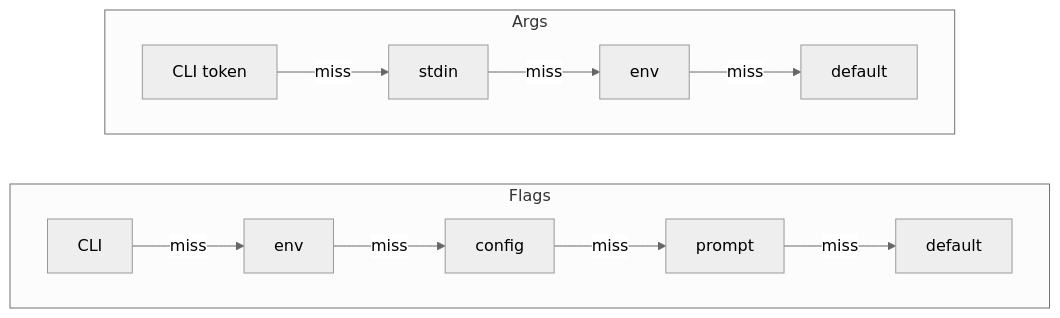
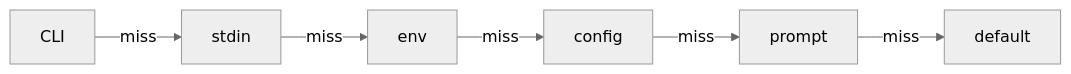
The diagram in docs/guide/rationale.md (kjanat/dreamcli), drawn with Mermaid (neutral theme) before and after one commit. The commit also changed other lines of this file and 64 other files, not shown here.

````diff
--- a/docs/guide/rationale.md
+++ b/docs/guide/rationale.md
@@ -57,11 +57,4 @@
 ```mermaid
 flowchart LR
-  subgraph Flags
-    direction LR
-    f1[CLI] -->|miss| f2[env] -->|miss| f3[config] -->|miss| f4[prompt] -->|miss| f5[default]
-  end
-  subgraph Args
-    direction LR
-    a1[CLI token] -->|miss| a2[stdin] -->|miss| a3[env] -->|miss| a4[default]
-  end
+  s1[CLI] -->|miss| s2[stdin] -->|miss| s3[env] -->|miss| s4[config] -->|miss| s5[prompt] -->|miss| s6[default]
 ```
````
